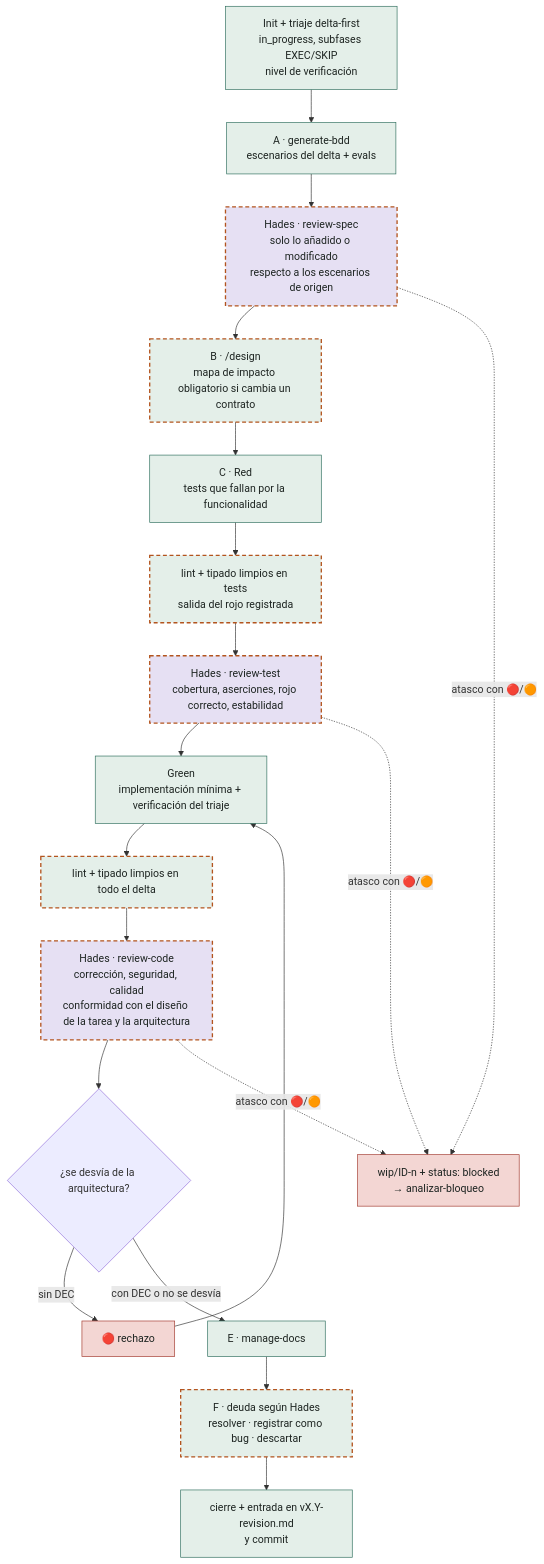
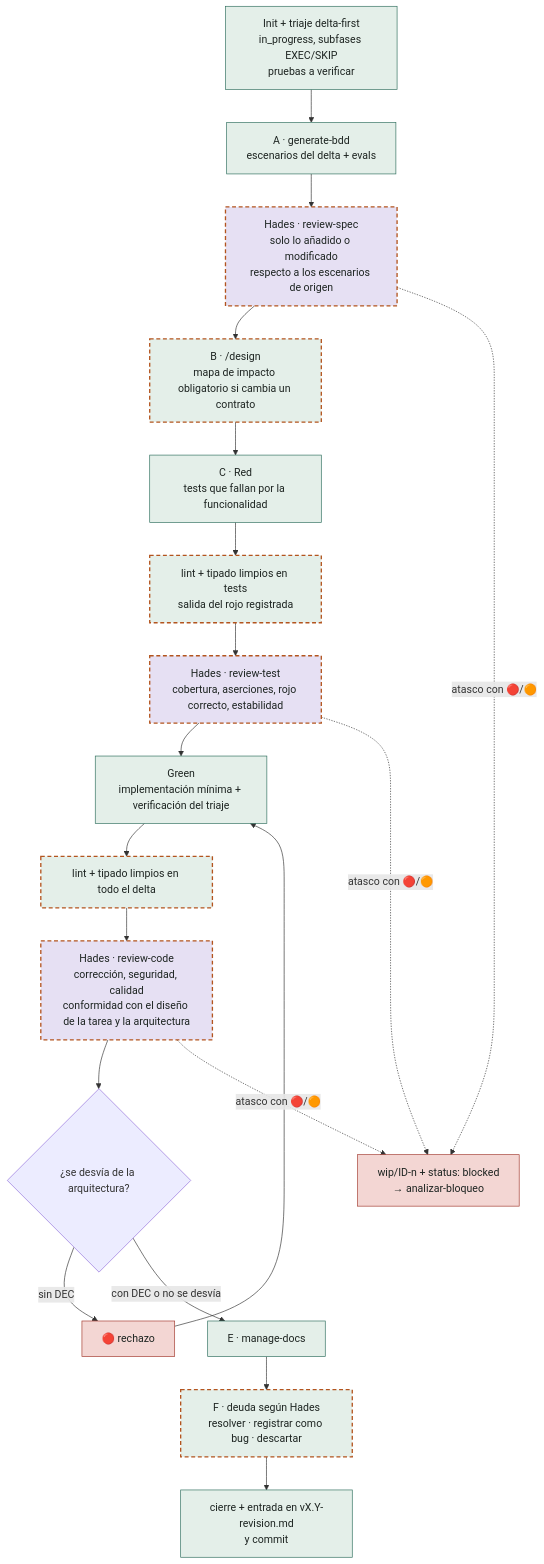
One commit to nereodata/nereoskills changed the third of 3 diagrams in docs/orquestacion.md. Above: the diagram before and after it, drawn with Mermaid. The commit also changed 5 other files, not shown here.

````diff
--- a/docs/orquestacion.md
+++ b/docs/orquestacion.md
@@ -85,31 +85,31 @@
 ```mermaid
 flowchart TD
-  ini["Init + triaje delta-first<br/>in_progress, subfases EXEC/SKIP<br/>nivel de verificación"] --> bdd["A · generate-bdd<br/>escenarios del delta + evals"]
+  ini["Init + triaje delta-first<br/>in_progress, subfases EXEC/SKIP<br/>pruebas a verificar"] --> bdd["A · generate-bdd<br/>escenarios del delta + evals"]
   bdd --> rs["Hades · review-spec<br/>solo lo añadido o modificado<br/>respecto a los escenarios de origen"]
   rs --> dis["B · /design<br/>mapa de impacto obligatorio si cambia un contrato"]
   dis --> red["C · Red<br/>tests que fallan por la funcionalidad"]
   red --> pre1["lint + tipado limpios en tests<br/>salida del rojo registrada"]
   pre1 --> rtst["Hades · review-test<br/>cobertura, aserciones, rojo correcto, estabilidad"]
   rtst --> green["Green<br/>implementación mínima + verificación del triaje"]
   green --> pre2["lint + tipado limpios en todo el delta"]
   pre2 --> rc["Hades · review-code<br/>corrección, seguridad, calidad<br/>conformidad con el diseño de la tarea y la arquitectura"]
   rc --> q{"¿se desvía de la arquitectura?"}
   q -- "sin DEC" --> rojo["🔴 rechazo"]
   rojo --> green
   q -- "con DEC o no se desvía" --> docs["E · manage-docs"]
   docs --> deu["F · deuda según Hades<br/>resolver · registrar como bug · descartar"]
   deu --> cie["cierre + entrada en vX.Y-revision.md<br/>y commit"]
   rs -. "atasco con 🔴/🟠" .-> blk["wip/ID-n + status: blocked<br/>→ analizar-bloqueo"]
   rtst -. "atasco con 🔴/🟠" .-> blk
   rc -. "atasco con 🔴/🟠" .-> blk
 
   classDef paso fill:#e4efe9,stroke:#2f6f5e,color:#1d2421
   classDef hades fill:#e6e0f3,stroke:#5b4a8a,color:#1d2421
   classDef stop fill:#f3d6d3,stroke:#a33a2f,color:#1d2421
   classDef nuevo fill:#e4efe9,stroke:#b3541e,stroke-width:2px,stroke-dasharray:6 4,color:#1d2421
   classDef hnuevo fill:#e6e0f3,stroke:#b3541e,stroke-width:2px,stroke-dasharray:6 4,color:#1d2421
   class ini,bdd,red,green,docs,cie paso
   class dis,pre1,pre2,deu nuevo
   class rs,rtst,rc hnuevo
   class rojo,blk stop
 ```
````
